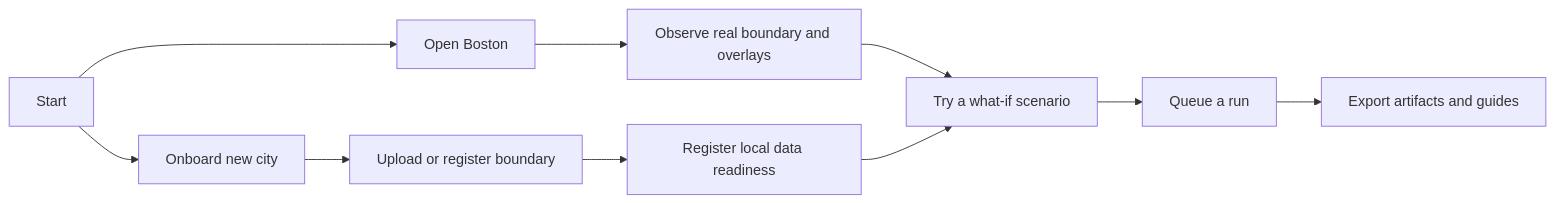
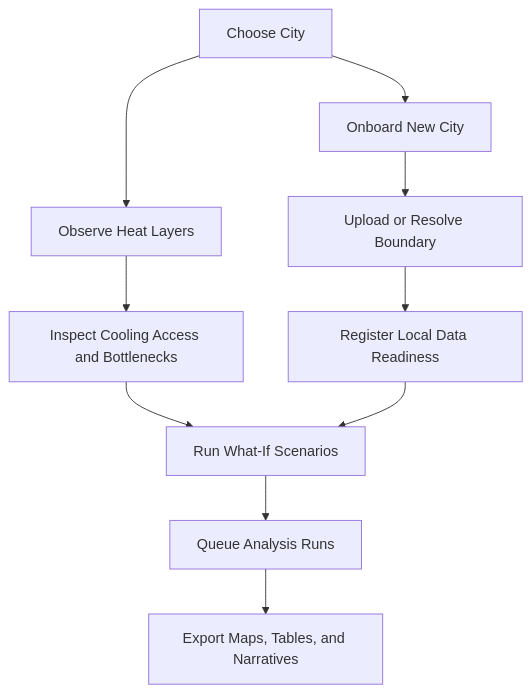
One commit to aartisr/kwin-city-portal changed the second of 2 diagrams in README.md. Above: the diagram before and after it, drawn with Mermaid. The commit also changed other lines of this file and 3 other files, not shown here.

````diff
--- a/README.md
+++ b/README.md
@@ -116,13 +131,13 @@
 ```mermaid
-flowchart LR
-    S[Start] --> B[Open Boston]
-    B --> O[Observe real boundary and overlays]
-    O --> Q[Try a what-if scenario]
-    Q --> R[Queue a run]
-    R --> E[Export artifacts and guides]
+flowchart TD
+    S[Choose City] --> O[Observe Heat Layers]
+    O --> X[Inspect Cooling Access and Bottlenecks]
+    X --> Q[Run What-If Scenarios]
+    Q --> R[Queue Analysis Runs]
+    R --> E[Export Maps, Tables, and Narratives]
 
-    S --> N[Onboard new city]
-    N --> U[Upload or register boundary]
-    U --> G[Register local data readiness]
-    G --> Q
+    S --> N[Onboard New City]
+    N --> B[Upload or Resolve Boundary]
+    B --> L[Register Local Data Readiness]
+    L --> Q
 ```
````
